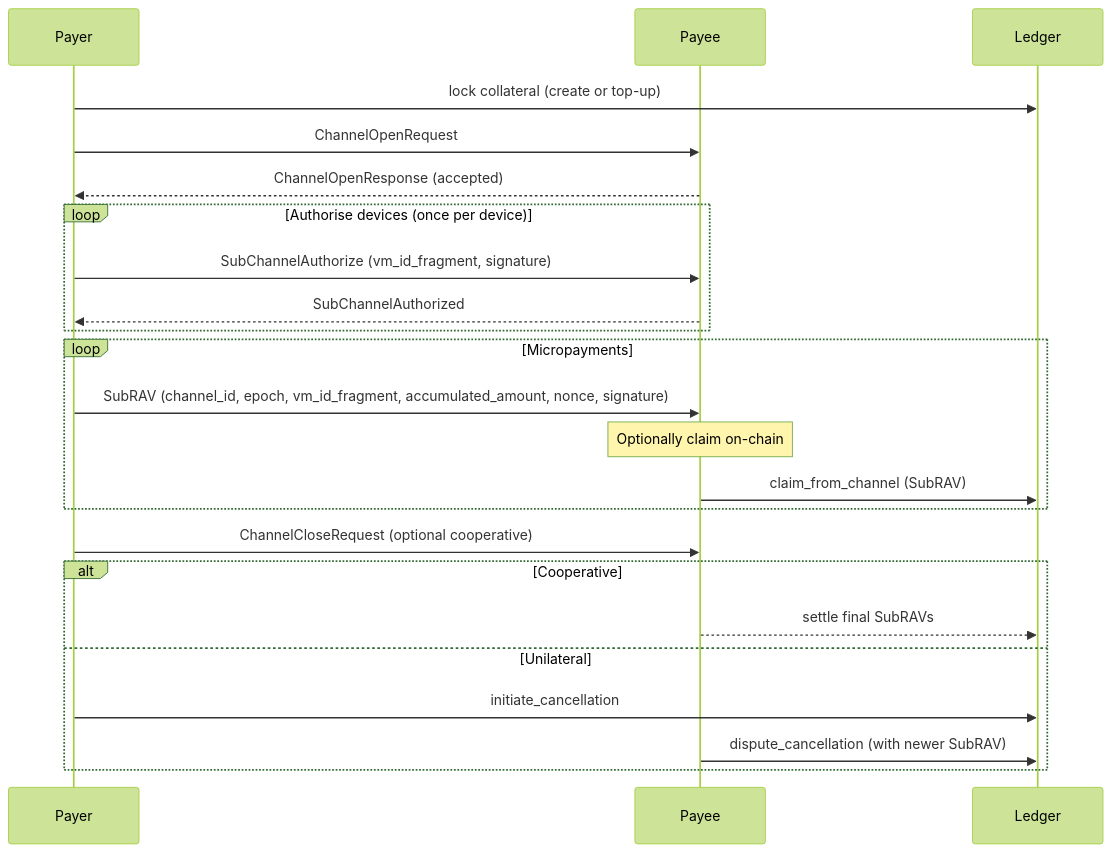
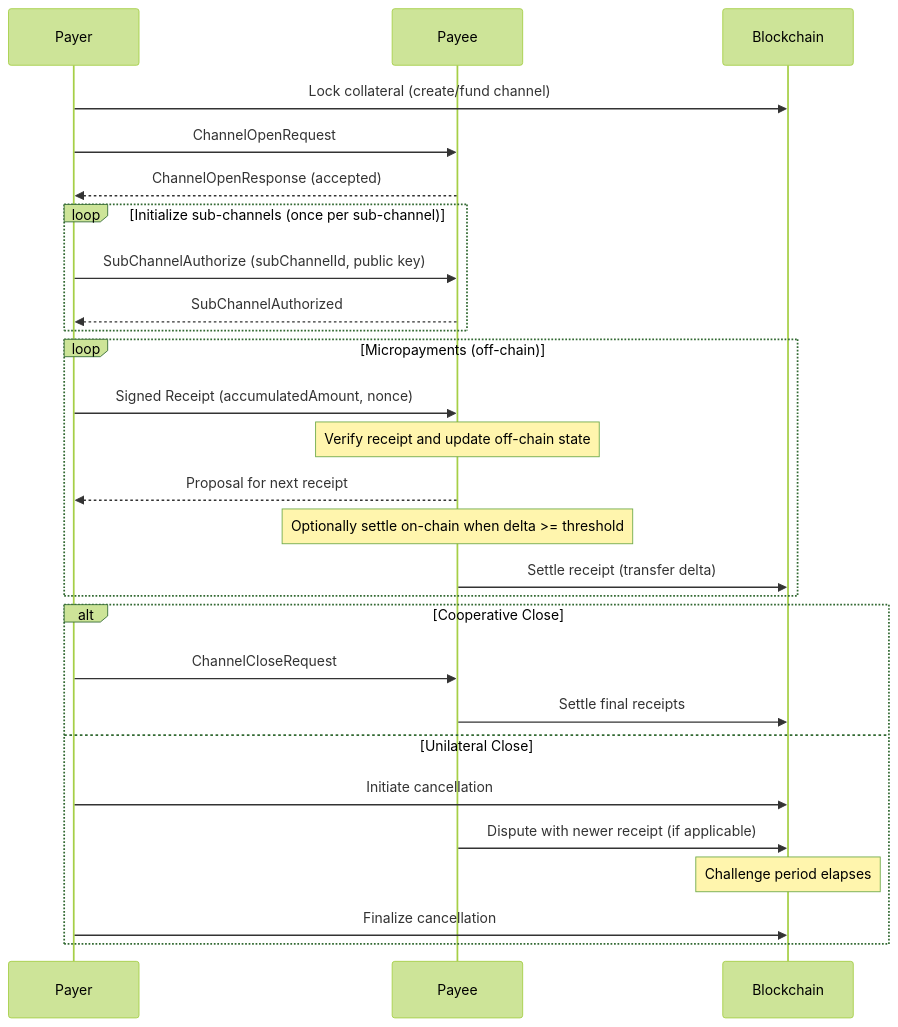
Before and after one commit to nuwa-protocol/NIPs: the diagram in nips/nip-4.md, drawn with Mermaid (forest theme). The commit also changed other lines of this file and 9 other files, not shown here.

````diff
--- a/nips/nip-4.md
+++ b/nips/nip-4.md
@@ -42,29 +60,33 @@
 ```mermaid
 sequenceDiagram
     participant Payer
     participant Payee
-    participant Ledger
+    participant Blockchain
 
-    Payer->>Ledger: lock collateral (create or top-up)
+    Payer->>Blockchain: Lock collateral (create/fund channel)
     Payer->>Payee: ChannelOpenRequest
     Payee-->>Payer: ChannelOpenResponse (accepted)
 
-    loop Authorise devices (once per device)
-        Payer->>Payee: SubChannelAuthorize (vm_id_fragment, signature)
+    loop Initialize sub-channels (once per sub-channel)
+        Payer->>Payee: SubChannelAuthorize (subChannelId, public key)
         Payee-->>Payer: SubChannelAuthorized
     end
 
-    loop Micropayments
-        Payer->>Payee: SubRAV (channel_id, epoch, vm_id_fragment, accumulated_amount, nonce, signature)
-        Note over Payee: Optionally claim on-chain
-        Payee->>Ledger: claim_from_channel (SubRAV)
+    loop Micropayments (off-chain)
+        Payer->>Payee: Signed Receipt (accumulatedAmount, nonce)
+        Note over Payee: Verify receipt and update off-chain state
+        Payee-->>Payer: Proposal for next receipt
+        Note over Payee: Optionally settle on-chain when delta >= threshold
+        Payee->>Blockchain: Settle receipt (transfer delta)
     end
 
-    Payer->>Payee: ChannelCloseRequest (optional cooperative)
-    alt Cooperative
-        Payee-->>Ledger: settle final SubRAVs
-    else Unilateral
-        Payer->>Ledger: initiate_cancellation
-        Payee->>Ledger: dispute_cancellation (with newer SubRAV)
+    alt Cooperative Close
+        Payer->>Payee: ChannelCloseRequest
+        Payee->>Blockchain: Settle final receipts
+    else Unilateral Close
+        Payer->>Blockchain: Initiate cancellation
+        Payee->>Blockchain: Dispute with newer receipt (if applicable)
+        Note over Blockchain: Challenge period elapses
+        Payer->>Blockchain: Finalize cancellation
     end
 ```
````
